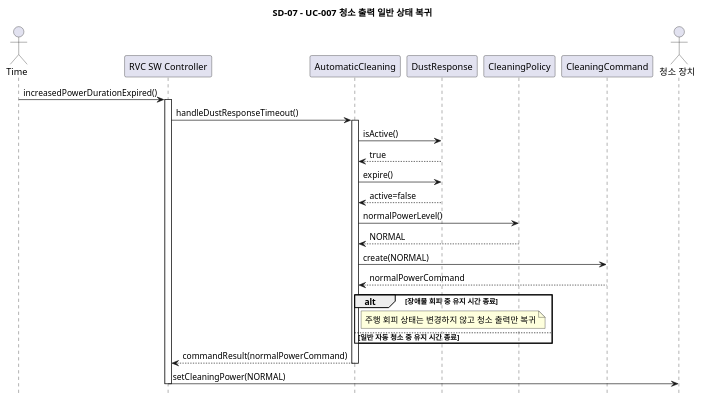
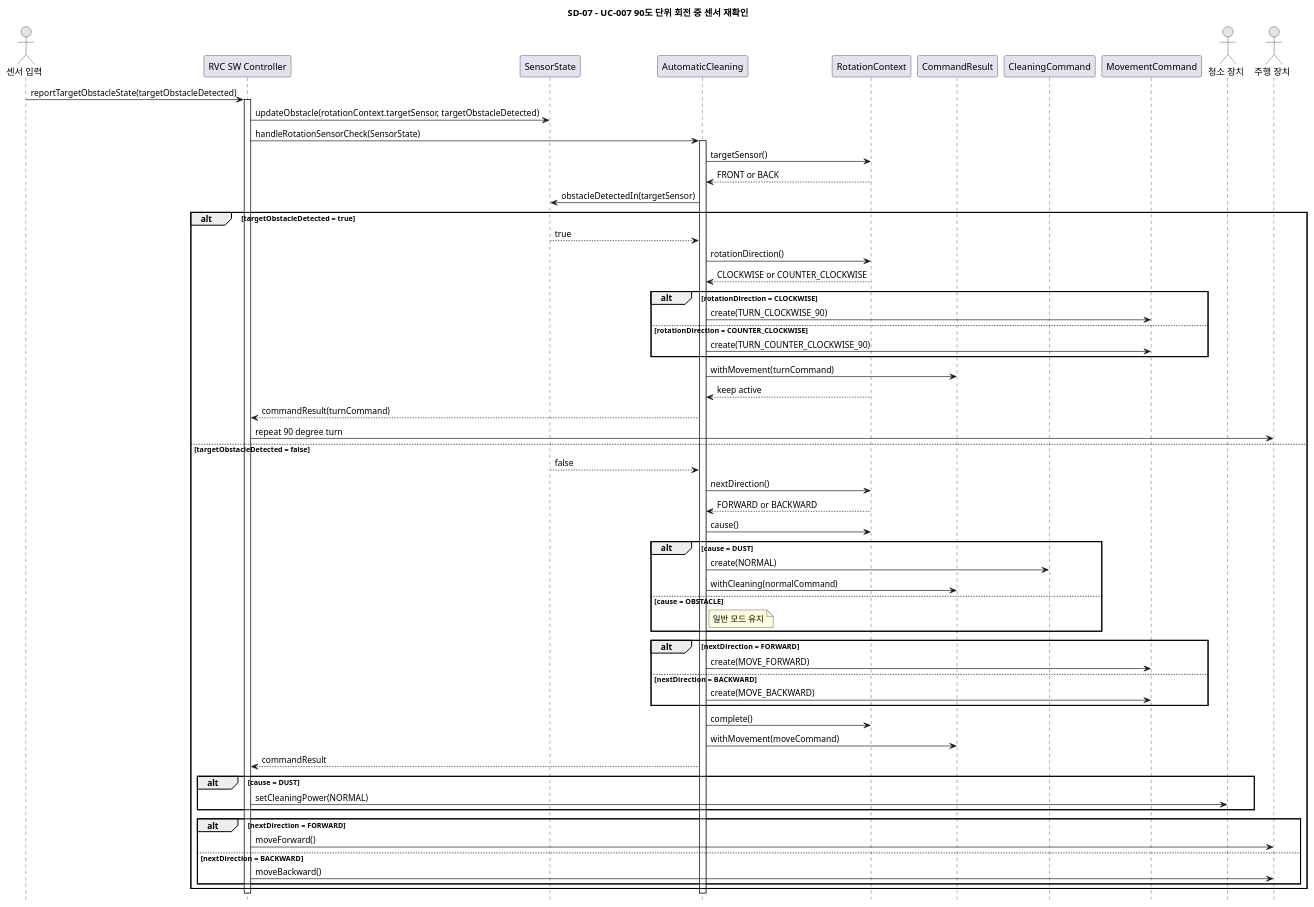
Before and after one commit to OOAD-Team3/Robot-Vacuum-Cleaner-AI: the diagram in docs/sd/SD-07.puml, drawn with PlantUML. The commit also changed other lines of this file and 24 other files, not shown here.

```diff
--- a/docs/sd/SD-07.puml
+++ b/docs/sd/SD-07.puml
@@ -6,35 +5,69 @@
-@startuml SD_07_UC007_Return_To_Normal_Power
+@startuml SD_07_UC007_Rotation_Recheck
 hide footbox
-title SD-07 - UC-007 청소 출력 일반 상태 복귀
+title SD-07 - UC-007 90도 단위 회전 중 센서 재확인
 
-actor "Time" as Time
+actor "센서 입력" as Sensor
 participant "RVC SW Controller" as Controller
+participant "SensorState" as SensorState
 participant "AutomaticCleaning" as Cleaning
-participant "DustResponse" as DustResponse
-participant "CleaningPolicy" as Policy
+participant "RotationContext" as RotationContext
+participant "CommandResult" as CommandResult
 participant "CleaningCommand" as CleaningCommand
+participant "MovementCommand" as MovementCommand
 actor "청소 장치" as Cleaner
+actor "주행 장치" as Drive
 
-Time -> Controller: increasedPowerDurationExpired()
+Sensor -> Controller: reportTargetObstacleState(targetObstacleDetected)
 activate Controller
-Controller -> Cleaning: handleDustResponseTimeout()
+Controller -> SensorState: updateObstacle(rotationContext.targetSensor, targetObstacleDetected)
+Controller -> Cleaning: handleRotationSensorCheck(SensorState)
 activate Cleaning
-Cleaning -> DustResponse: isActive()
-DustResponse --> Cleaning: true
-Cleaning -> DustResponse: expire()
-DustResponse --> Cleaning: active=false
-Cleaning -> Policy: normalPowerLevel()
-Policy --> Cleaning: NORMAL
-Cleaning -> CleaningCommand: create(NORMAL)
-CleaningCommand --> Cleaning: normalPowerCommand
+Cleaning -> RotationContext: targetSensor()
+RotationContext --> Cleaning: FRONT or BACK
+Cleaning -> SensorState: obstacleDetectedIn(targetSensor)
 
-alt 장애물 회피 중 유지 시간 종료
-    note right of Cleaning: 주행 회피 상태는 변경하지 않고 청소 출력만 복귀
-else 일반 자동 청소 중 유지 시간 종료
+alt targetObstacleDetected = true
+    SensorState --> Cleaning: true
+    Cleaning -> RotationContext: rotationDirection()
+    RotationContext --> Cleaning: CLOCKWISE or COUNTER_CLOCKWISE
+    alt rotationDirection = CLOCKWISE
+        Cleaning -> MovementCommand: create(TURN_CLOCKWISE_90)
+    else rotationDirection = COUNTER_CLOCKWISE
+        Cleaning -> MovementCommand: create(TURN_COUNTER_CLOCKWISE_90)
+    end
+    Cleaning -> CommandResult: withMovement(turnCommand)
+    RotationContext --> Cleaning: keep active
+    Cleaning --> Controller: commandResult(turnCommand)
+    Controller -> Drive: repeat 90 degree turn
+else targetObstacleDetected = false
+    SensorState --> Cleaning: false
+    Cleaning -> RotationContext: nextDirection()
+    RotationContext --> Cleaning: FORWARD or BACKWARD
+    Cleaning -> RotationContext: cause()
+    alt cause = DUST
+        Cleaning -> CleaningCommand: create(NORMAL)
+        Cleaning -> CommandResult: withCleaning(normalCommand)
+    else cause = OBSTACLE
+        note right of Cleaning: 일반 모드 유지
+    end
+    alt nextDirection = FORWARD
+        Cleaning -> MovementCommand: create(MOVE_FORWARD)
+    else nextDirection = BACKWARD
+        Cleaning -> MovementCommand: create(MOVE_BACKWARD)
+    end
+    Cleaning -> RotationContext: complete()
+    Cleaning -> CommandResult: withMovement(moveCommand)
+    Cleaning --> Controller: commandResult
+    alt cause = DUST
+        Controller -> Cleaner: setCleaningPower(NORMAL)
+    end
+    alt nextDirection = FORWARD
+        Controller -> Drive: moveForward()
+    else nextDirection = BACKWARD
+        Controller -> Drive: moveBackward()
+    end
 end
 
-Cleaning --> Controller: commandResult(normalPowerCommand)
 deactivate Cleaning
-Controller -> Cleaner: setCleaningPower(NORMAL)
 deactivate Controller
 @enduml
```
